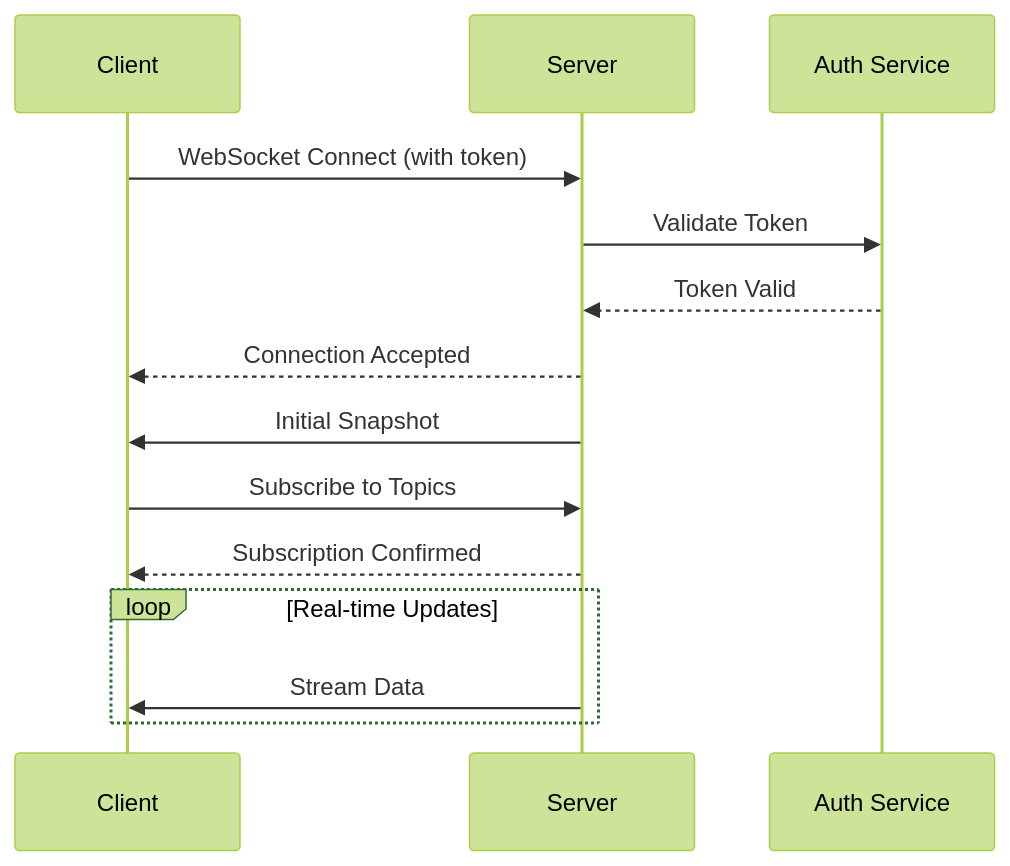
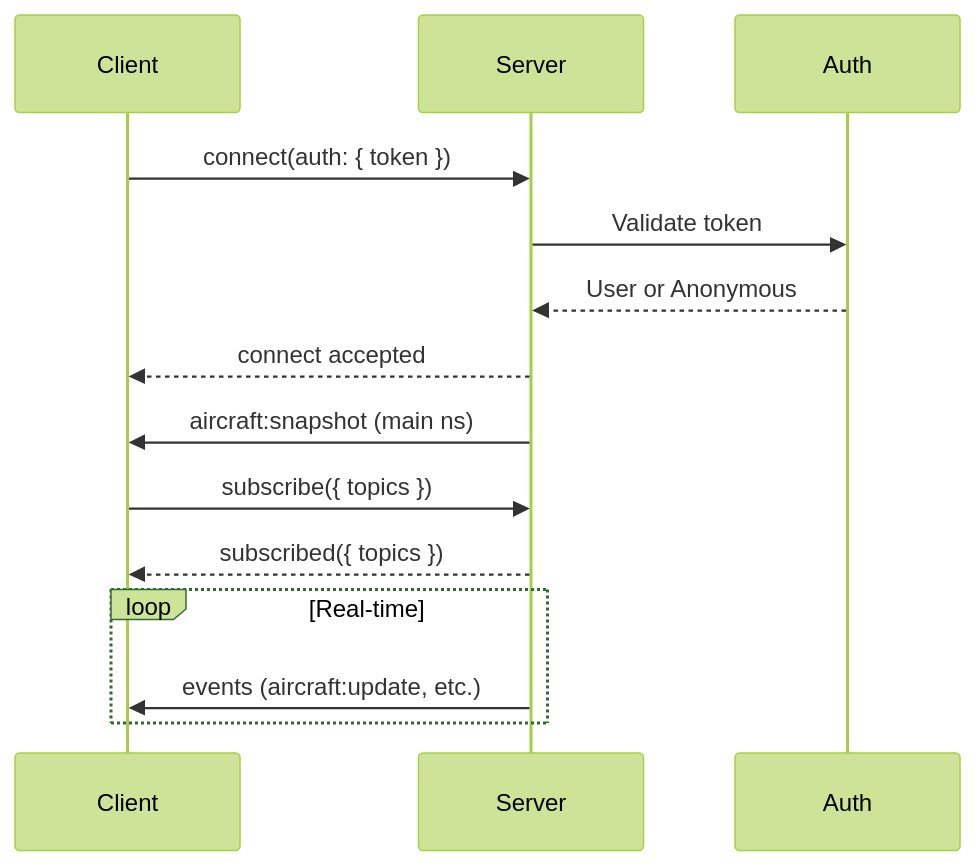
One commit to CHA0S-CORP/SkySpy changed the second of 2 diagrams in docs/06-websocket-api.md. Above: the diagram before and after it, drawn with Mermaid (forest theme). The commit also changed other lines of this file and 133 other files, not shown here.

````diff
--- a/docs/06-websocket-api.md
+++ b/docs/06-websocket-api.md
@@ -101,18 +101,17 @@
 ```mermaid
 sequenceDiagram
     participant C as Client
     participant S as Server
-    participant A as Auth Service
+    participant A as Auth
 
-    C->>S: WebSocket Connect (with token)
-    S->>A: Validate Token
-    A-->>S: Token Valid
-    S-->>C: Connection Accepted
-    S->>C: Initial Snapshot
-    C->>S: Subscribe to Topics
-    S-->>C: Subscription Confirmed
-
-    loop Real-time Updates
-        S->>C: Stream Data
+    C->>S: connect(auth: { token })
+    S->>A: Validate token
+    A-->>S: User or Anonymous
+    S-->>C: connect accepted
+    S->>C: aircraft:snapshot (main ns)
+    C->>S: subscribe({ topics })
+    S-->>C: subscribed({ topics })
+    loop Real-time
+        S->>C: events (aircraft:update, etc.)
     end
 ```
````
